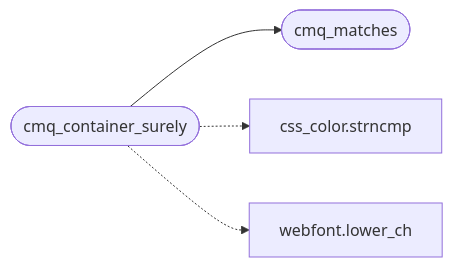
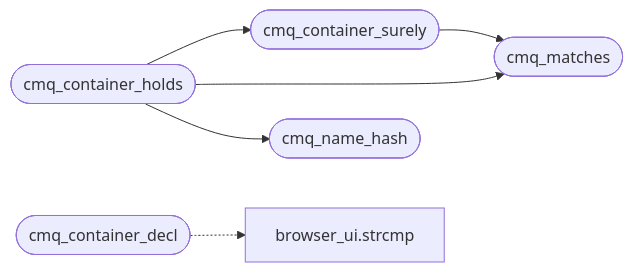
The second of 2 diagrams in readmenator-apidocs/modules/src.css_mq.c.md (grisuno/FreeDom), drawn with Mermaid before and after one commit. The commit also changed other lines of this file and 234 other files, not shown here.

````diff
--- a/readmenator-apidocs/modules/src.css_mq.c.md
+++ b/readmenator-apidocs/modules/src.css_mq.c.md
@@ -29,10 +29,14 @@
 ```mermaid
 flowchart LR
     n_src_css_mq_c__cmq_container_surely(["cmq_container_surely"])
     n_src_css_mq_c__cmq_matches(["cmq_matches"])
-    n_src_css_color_c__strncmp["css_color.strncmp"]
-    n_src_webfont_c__lower_ch_306["webfont.lower_ch"]
+    n_src_css_mq_c__cmq_container_holds(["cmq_container_holds"])
+    n_src_css_mq_c__cmq_name_hash(["cmq_name_hash"])
+    n_src_css_mq_c__cmq_container_decl(["cmq_container_decl"])
+    n_gui_browser_ui_c__strcmp["browser_ui.strcmp"]
     n_src_css_mq_c__cmq_container_surely --> n_src_css_mq_c__cmq_matches
-    n_src_css_mq_c__cmq_container_surely -.-> n_src_css_color_c__strncmp
-    n_src_css_mq_c__cmq_container_surely -.-> n_src_webfont_c__lower_ch_306
+    n_src_css_mq_c__cmq_container_holds --> n_src_css_mq_c__cmq_container_surely
+    n_src_css_mq_c__cmq_container_holds --> n_src_css_mq_c__cmq_matches
+    n_src_css_mq_c__cmq_container_holds --> n_src_css_mq_c__cmq_name_hash
+    n_src_css_mq_c__cmq_container_decl -.-> n_gui_browser_ui_c__strcmp
 ```
````
